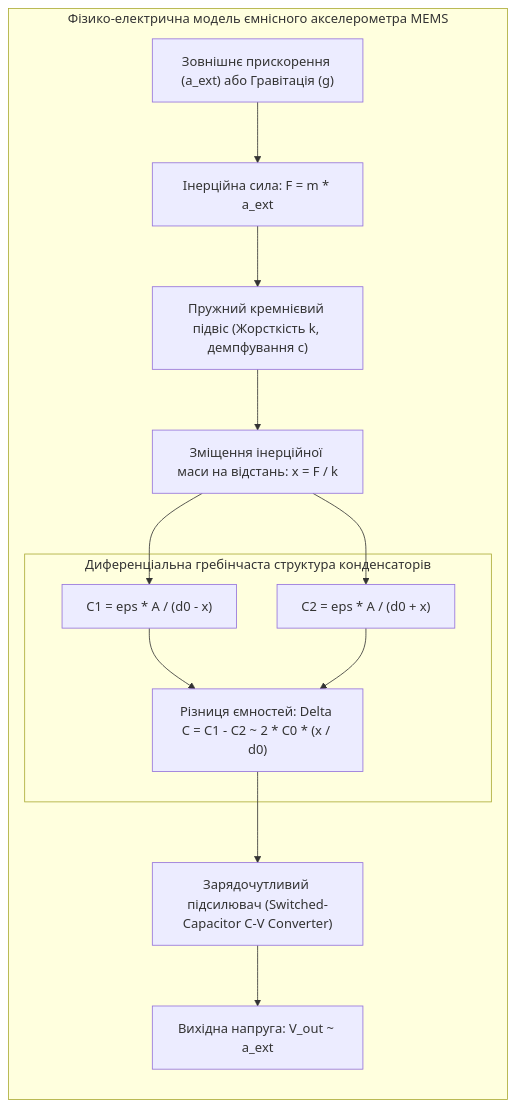
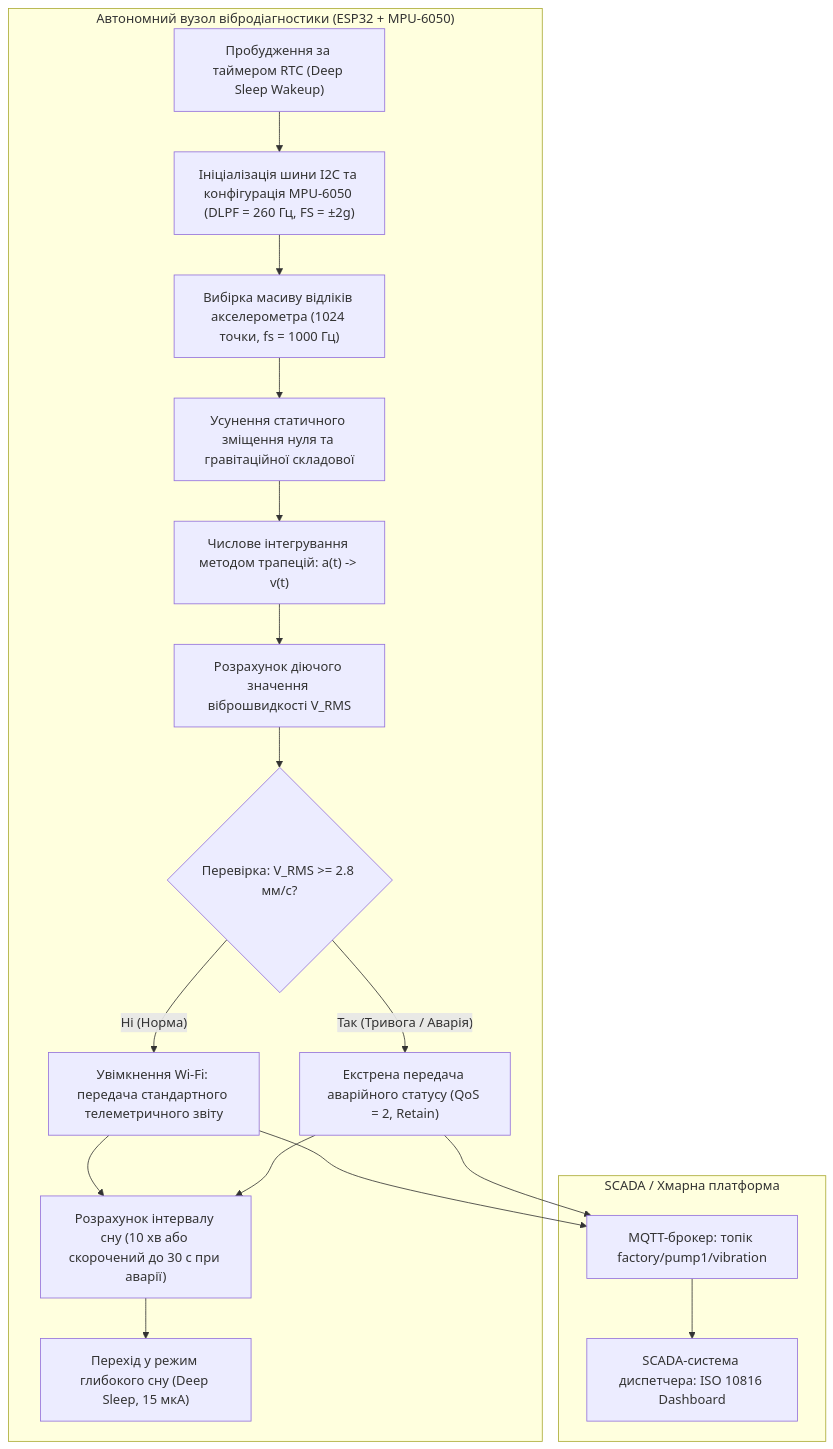
One commit to KyryloVadurin/iot-technologies changed the fourth of 4 diagrams in docs/lk/lk7.md. Above: the diagram before and after it, drawn with Mermaid. The commit also changed other lines of this file, not shown here.

````diff
--- a/docs/lk/lk7.md
+++ b/docs/lk/lk7.md
@@ -105,29 +501,37 @@
 ```mermaid
 flowchart TD
-    subgraph MEMS_Accelerometer_Physics["Фізико-електрична модель ємнісного акселерометра MEMS"]
-        direction TB
-        ExtAccel["Зовнішнє прискорення (a_ext) або Гравітація (g)"]
-        InertialForce["Інерційна сила: F = m * a_ext"]
-        SpringSuspension["Пружний кремнієвий підвіс (Жорсткість k, демпфування c)"]
-        MassDisplacement["Зміщення інерційної маси на відстань: x = F / k"]
+    subgraph EdgeDevice["Автономний вузол вібродіагностики (ESP32 + MPU-6050)"]
+        WakeUp["Пробудження за таймером RTC (Deep Sleep Wakeup)"]
+        InitSens["Ініціалізація шини I2C та конфігурація MPU-6050 (DLPF = 260 Гц, FS = ±2g)"]
+        AcqData["Вибірка масиву відліків акселерометра (1024 точки, fs = 1000 Гц)"]
+        OffsetCal["Усунення статичного зміщення нуля та гравітаційної складової"]
+        NumInteg["Числове інтегрування методом трапецій: a(t) -> v(t)"]
+        RMSCalc["Розрахунок діючого значення віброшвидкості V_RMS"]
+        ThresholdCheck{"Перевірка: V_RMS >= 2.8 мм/с?"}
         
-        subgraph CombDrive["Диференціальна гребінчаста структура конденсаторів"]
-            Cap1["C1 = eps * A / (d0 - x)"]
-            Cap2["C2 = eps * A / (d0 + x)"]
-            DeltaCap["Різниця ємностей: Delta C = C1 - C2 ~ 2 * C0 * (x / d0)"]
-        end
-
-        ChargeAmp["Зарядочутливий підсилювач (Switched-Capacitor C-V Converter)"]
-        OutputVoltage["Вихідна напруга: V_out ~ a_ext"]
+        WiFi_Normal["Увімкнення Wi-Fi: передача стандартного телеметричного звіту"]
+        WiFi_Alarm["Екстрена передача аварійного статусу (QoS = 2, Retain)"]
+        SleepCalc["Розрахунок інтервалу сну (10 хв або скорочений до 30 с при аварії)"]
+        DeepSleep["Перехід у режим глибокого сну (Deep Sleep, 15 мкА)"]
     end
 
-    ExtAccel --> InertialForce
-    InertialForce --> SpringSuspension
-    SpringSuspension --> MassDisplacement
-    MassDisplacement --> Cap1
-    MassDisplacement --> Cap2
-    Cap1 --> DeltaCap
-    Cap2 --> DeltaCap
-    DeltaCap --> ChargeAmp
-    ChargeAmp --> OutputVoltage
+    subgraph CyberNetwork["SCADA / Хмарна платформа"]
+        Broker["MQTT-брокер: топік factory/pump1/vibration"]
+        SCADA["SCADA-система диспетчера: ISO 10816 Dashboard"]
+    end
+
+    WakeUp --> InitSens
+    InitSens --> AcqData
+    AcqData --> OffsetCal
+    OffsetCal --> NumInteg
+    NumInteg --> RMSCalc
+    RMSCalc --> ThresholdCheck
+    ThresholdCheck -->|"Ні (Норма)"| WiFi_Normal
+    ThresholdCheck -->|"Так (Тривога / Аварія)"| WiFi_Alarm
+    WiFi_Normal --> Broker
+    WiFi_Alarm --> Broker
+    Broker --> SCADA
+    WiFi_Normal --> SleepCalc
+    WiFi_Alarm --> SleepCalc
+    SleepCalc --> DeepSleep
 ```
````
